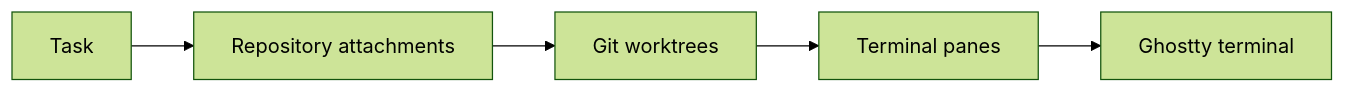
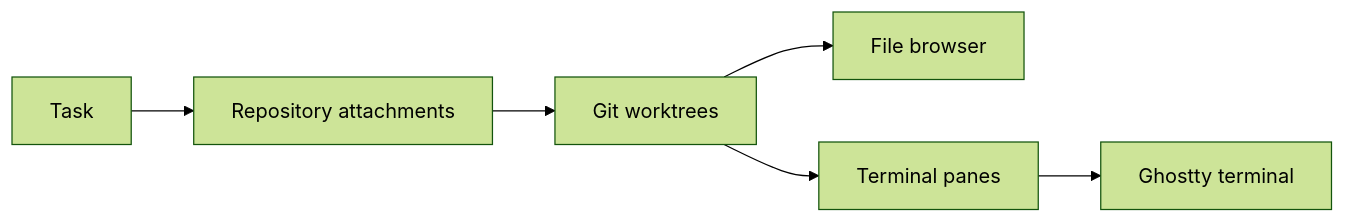
One commit to gh0stonio/pinata changed the diagram in docs/README.md. Above: the diagram before and after it, drawn with Mermaid (forest theme). The commit also changed other lines of this file and 22 other files, not shown here.

````diff
--- a/docs/README.md
+++ b/docs/README.md
@@ -18,7 +19,8 @@
 ```mermaid
 flowchart LR
     T[Task] --> R[Repository attachments]
     R --> W[Git worktrees]
+    W --> F[File browser]
     W --> P[Terminal panes]
     P --> G[Ghostty terminal]
 ```
````
